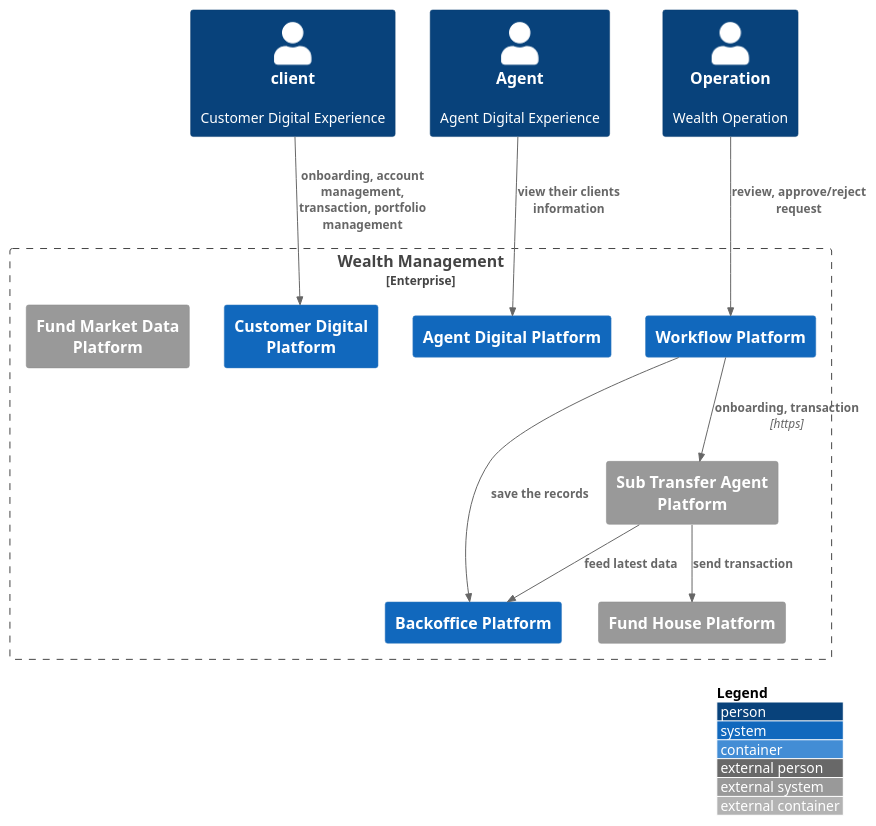
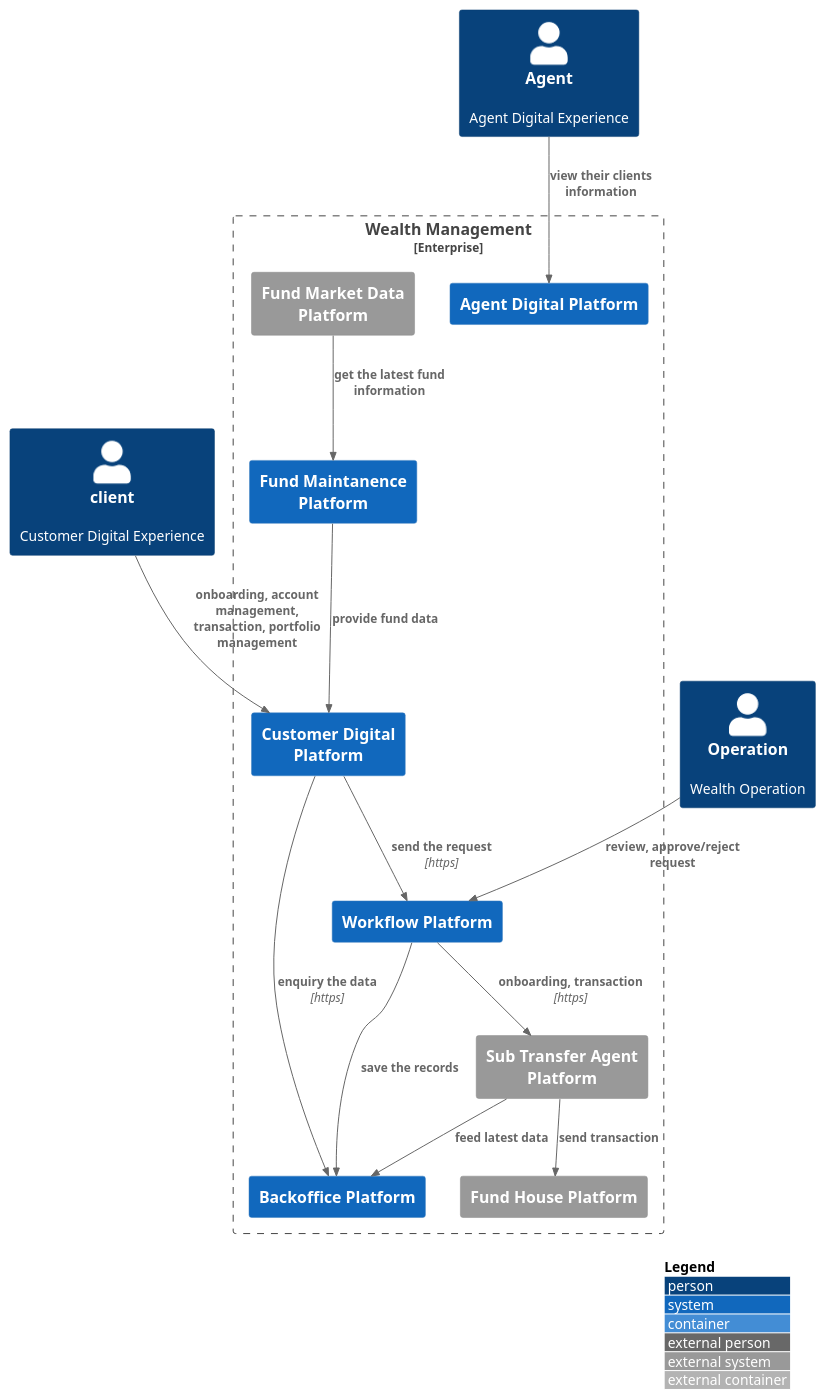
Before and after one commit to joeycmlam/diagram: the diagram in c4model/c4-c0.puml, drawn with PlantUML. The commit also changed 1 other file, not shown here.

Commit message:
update the diagram

```diff
--- a/c4model/c4-c0.puml
+++ b/c4model/c4-c0.puml
@@ -1,32 +1,37 @@
 @startuml "techtribesjs"
 !include https://raw.githubusercontent.com/plantuml-stdlib/C4-PlantUML/master/C4_Container.puml
 ' uncomment the following line and comment the first to use locally
 ' !include C4_Container.puml
 
 LAYOUT_TOP_DOWN()
 'LAYOUT_AS_SKETCH()
 LAYOUT_WITH_LEGEND()
 
 Person(C, "client", "Customer Digital Experience")
 Person(A, "Agent", "Agent Digital Experience")
 Person(WO, "Operation", "Wealth Operation")
 
 Enterprise_Boundary(c0, "Wealth Management") {
     System(online_client, "Customer Digital Platform")
     System(online_agent, "Agent Digital Platform")
     System(workflow, "Workflow Platform")
     System(backoffice, "Backoffice Platform")
+    System(fund, "Fund Maintanence Platform")
     System_Ext(ta, "Sub Transfer Agent Platform")
     System_Ext(fh, "Fund House Platform")
     System_Ext(fundinfo, "Fund Market Data Platform")
 }
 
 Rel(C, online_client, "onboarding, account management, transaction, portfolio management")
+Rel(online_client, workflow, "send the request", "https")
+Rel(online_client, backoffice, "enquiry the data", "https")
 Rel(A, online_agent, "view their clients information")
 Rel(workflow, ta, "onboarding, transaction", "https")
 Rel(WO, workflow, "review, approve/reject request")
 Rel(workflow, backoffice, "save the records")
 Rel(ta, fh, "send transaction")
 Rel(ta, backoffice, "feed latest data")
+Rel(fundinfo, fund, "get the latest fund information")
+Rel(fund, online_client, "provide fund data")
 
 @enduml
```
